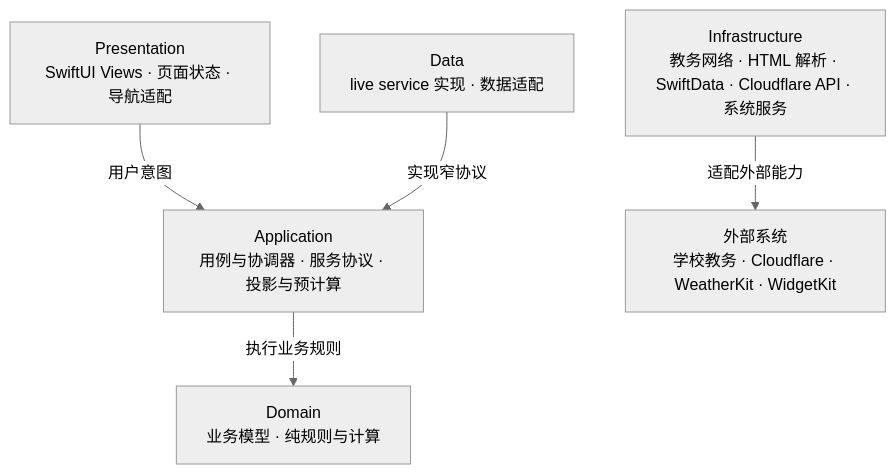
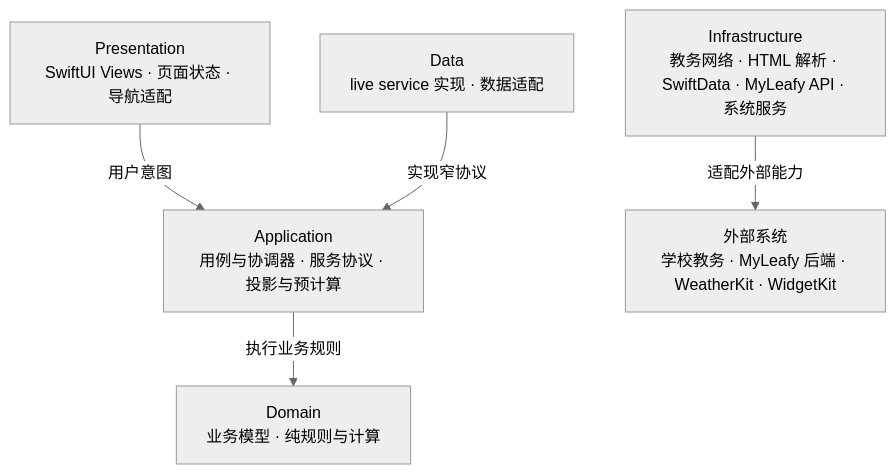
The second of 2 diagrams in state/ARCHITECTURE.md (IsaacHuo/MyLeafy), drawn with Mermaid (neutral theme) before and after one commit. The commit also changed other lines of this file and 10 other files, not shown here.

````diff
--- a/state/ARCHITECTURE.md
+++ b/state/ARCHITECTURE.md
@@ -98,14 +98,14 @@
 ```mermaid
 flowchart TB
     Presentation["Presentation<br/>SwiftUI Views · 页面状态 · 导航适配"]
     Application["Application<br/>用例与协调器 · 服务协议 · 投影与预计算"]
     Domain["Domain<br/>业务模型 · 纯规则与计算"]
     Data["Data<br/>live service 实现 · 数据适配"]
-    Infrastructure["Infrastructure<br/>教务网络 · HTML 解析 · SwiftData · Cloudflare API · 系统服务"]
-    External["外部系统<br/>学校教务 · Cloudflare · WeatherKit · WidgetKit"]
+    Infrastructure["Infrastructure<br/>教务网络 · HTML 解析 · SwiftData · MyLeafy API · 系统服务"]
+    External["外部系统<br/>学校教务 · MyLeafy 后端 · WeatherKit · WidgetKit"]
 
     Presentation -->|用户意图| Application
     Application -->|执行业务规则| Domain
     Data -->|实现窄协议| Application
     Infrastructure -->|适配外部能力| External
 ```
````
